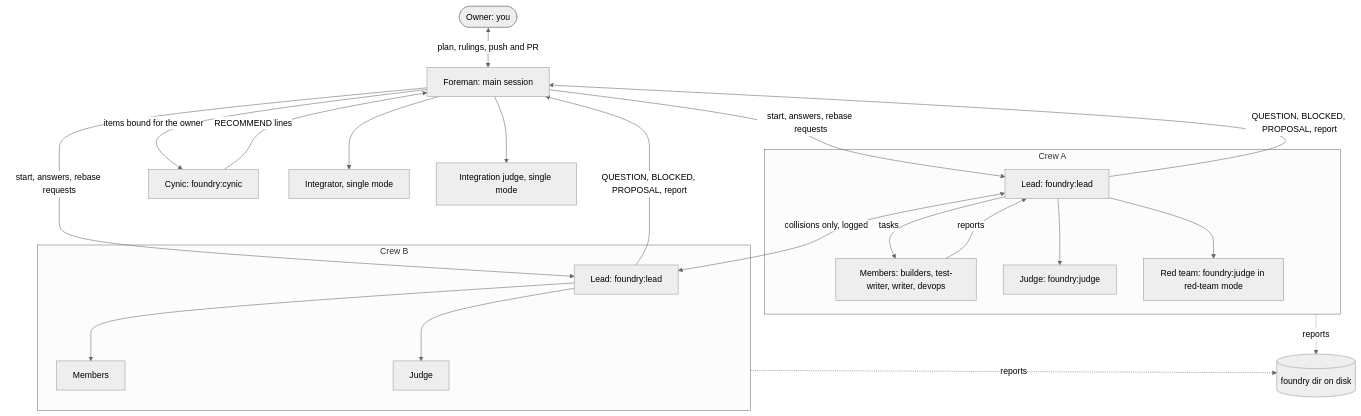
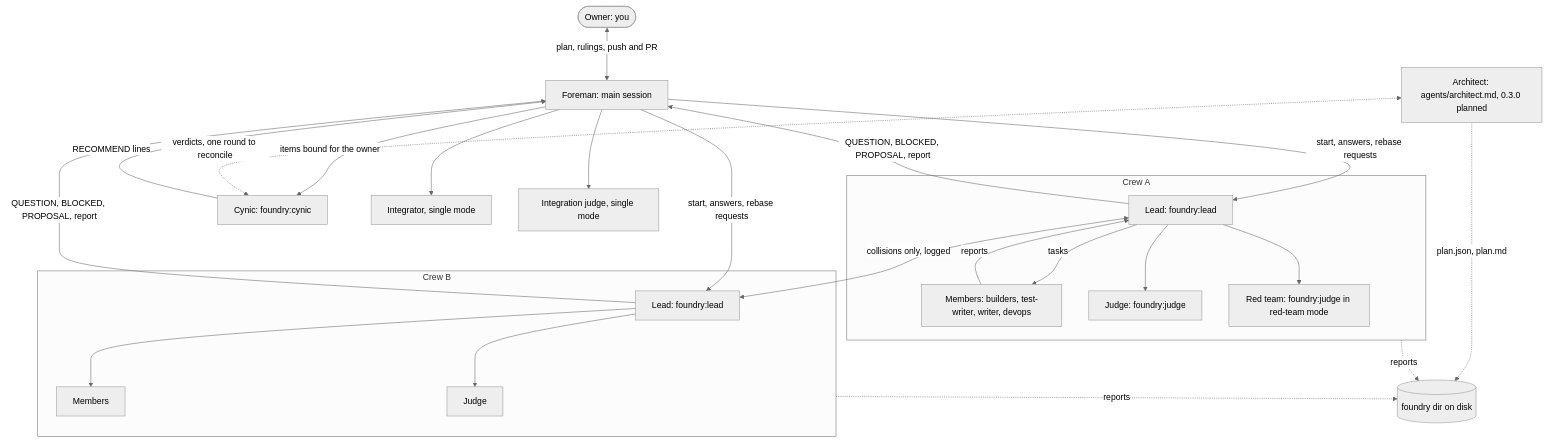
One commit to AbhiramDwivedi/truss changed the diagram in docs/architecture.md. Above: the diagram before and after it, drawn with Mermaid (neutral theme). The commit also changed other lines of this file and 3 other files, not shown here.

First line of the commit message:
foundry: 0.3.0 design docs (ADR-0001, architecture, plan schema)

````diff
--- a/docs/architecture.md
+++ b/docs/architecture.md
@@ -9,41 +11,44 @@
 ```mermaid
 flowchart TD
   owner([Owner: you])
   foreman[Foreman: main session]
   cynic[Cynic: foundry:cynic]
   integ[Integrator, single mode]
   ijudge[Integration judge, single mode]
   disk[(foundry dir on disk)]
+  arch[Architect: agents/architect.md, 0.3.0 planned]
 
   subgraph crewA [Crew A]
     leadA[Lead: foundry:lead]
     memA[Members: builders, test-writer, writer, devops]
     judgeA[Judge: foundry:judge]
     redA[Red team: foundry:judge in red-team mode]
   end
 
   subgraph crewB [Crew B]
     leadB[Lead: foundry:lead]
     memB[Members]
     judgeB[Judge]
   end
 
   owner <-->|plan, rulings, push and PR| foreman
   foreman -->|items bound for the owner| cynic
   cynic -->|RECOMMEND lines| foreman
   foreman -->|start, answers, rebase requests| leadA
   foreman -->|start, answers, rebase requests| leadB
   leadA -->|QUESTION, BLOCKED, PROPOSAL, report| foreman
   leadB -->|QUESTION, BLOCKED, PROPOSAL, report| foreman
   leadA <-->|collisions only, logged| leadB
   leadA -->|tasks| memA
   memA -->|reports| leadA
   leadA --> redA
   leadA --> judgeA
   leadB --> memB
   leadB --> judgeB
   foreman --> integ
   foreman --> ijudge
   crewA -.->|reports| disk
   crewB -.->|reports| disk
+  arch -.->|plan.json, plan.md| disk
+  arch <-.->|verdicts, one round to reconcile| cynic
 ```
````
